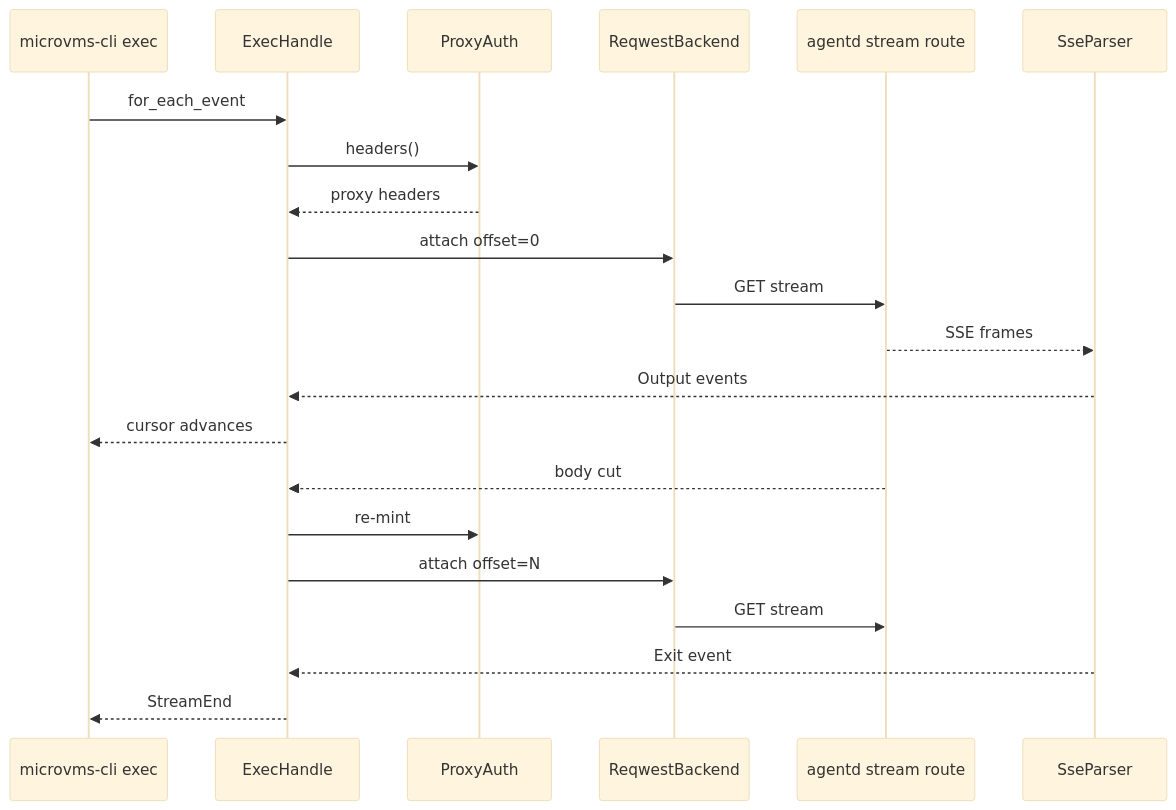
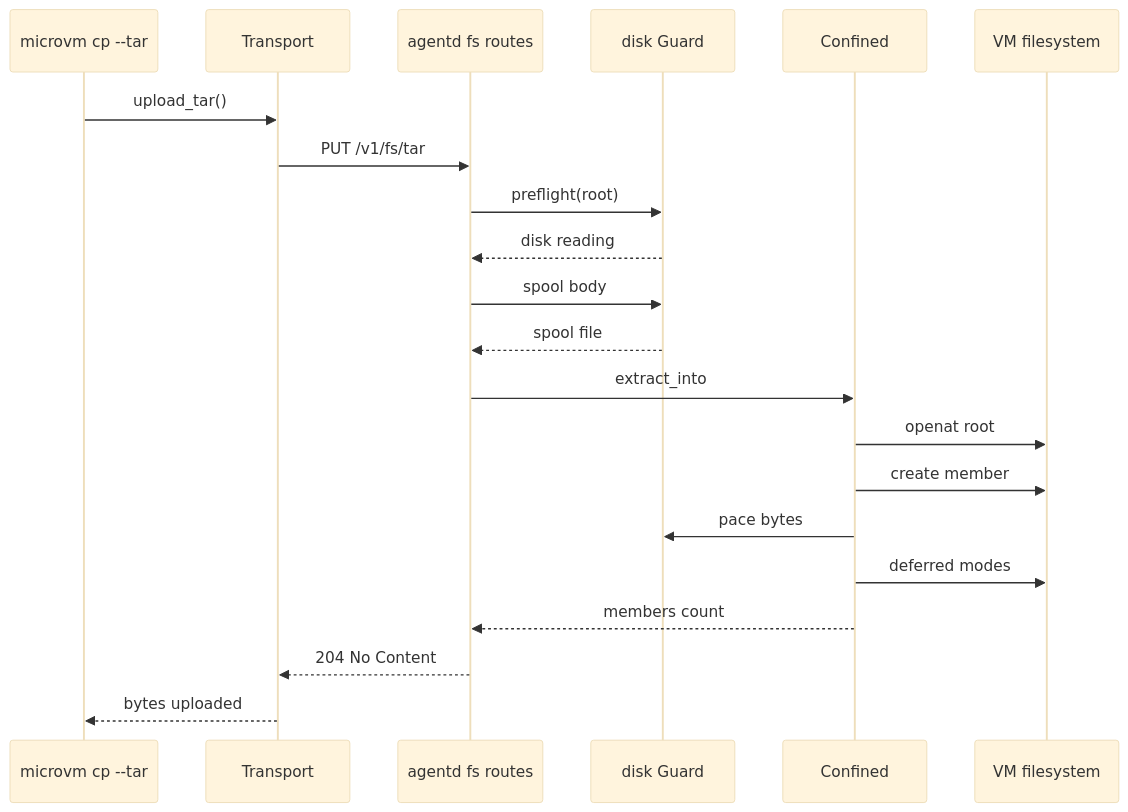
One commit to theagenticguy/microvms-agentd changed the second of 3 diagrams in docs/diagrams/behavioral/sequences.md. Above: the diagram before and after it, drawn with Mermaid (base theme). The commit also changed other lines of this file and 19 other files, not shown here.

````diff
--- a/docs/diagrams/behavioral/sequences.md
+++ b/docs/diagrams/behavioral/sequences.md
@@ -32,24 +88,24 @@
 ```mermaid
 sequenceDiagram
-    participant CLI as microvms-cli exec
-    participant Handle as ExecHandle
-    participant Auth as ProxyAuth
-    participant Backend as ReqwestBackend
-    participant Route as agentd stream route
-    participant Parser as SseParser
+    participant CLI as microvm cp --tar
+    participant Tx as Transport
+    participant Routes as agentd fs routes
+    participant Guard as disk Guard
+    participant Conf as Confined
+    participant FS as VM filesystem
 
-    CLI ->> Handle: for_each_event
-    Handle ->> Auth: headers()
-    Auth -->> Handle: proxy headers
-    Handle ->> Backend: attach offset=0
-    Backend ->> Route: GET stream
-    Route -->> Parser: SSE frames
-    Parser -->> Handle: Output events
-    Handle -->> CLI: cursor advances
-    Route -->> Handle: body cut
-    Handle ->> Auth: re-mint
-    Handle ->> Backend: attach offset=N
-    Backend ->> Route: GET stream
-    Parser -->> Handle: Exit event
-    Handle -->> CLI: StreamEnd
+    CLI ->> Tx: upload_tar()
+    Tx ->> Routes: PUT /v1/fs/tar
+    Routes ->> Guard: preflight(root)
+    Guard -->> Routes: disk reading
+    Routes ->> Guard: spool body
+    Guard -->> Routes: spool file
+    Routes ->> Conf: extract_into
+    Conf ->> FS: openat root
+    Conf ->> FS: create member
+    Conf ->> Guard: pace bytes
+    Conf ->> FS: deferred modes
+    Conf -->> Routes: members count
+    Routes -->> Tx: 204 No Content
+    Tx -->> CLI: bytes uploaded
 ```
````
